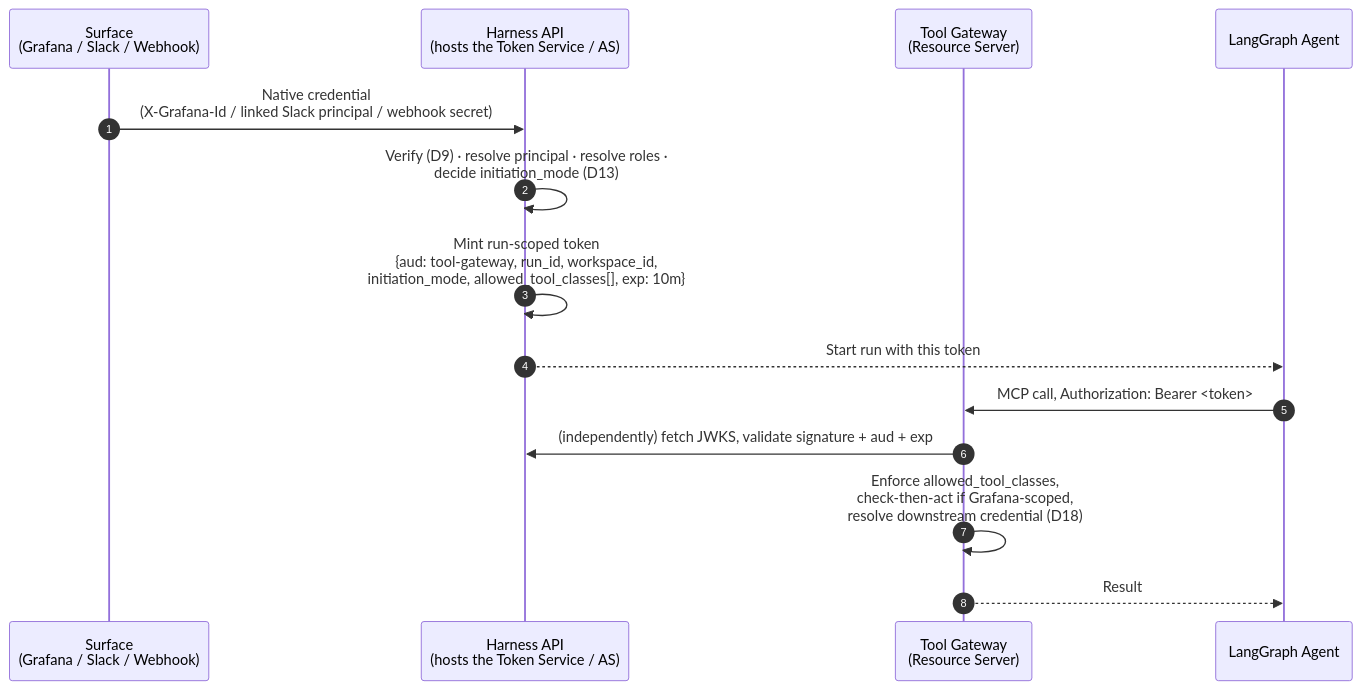
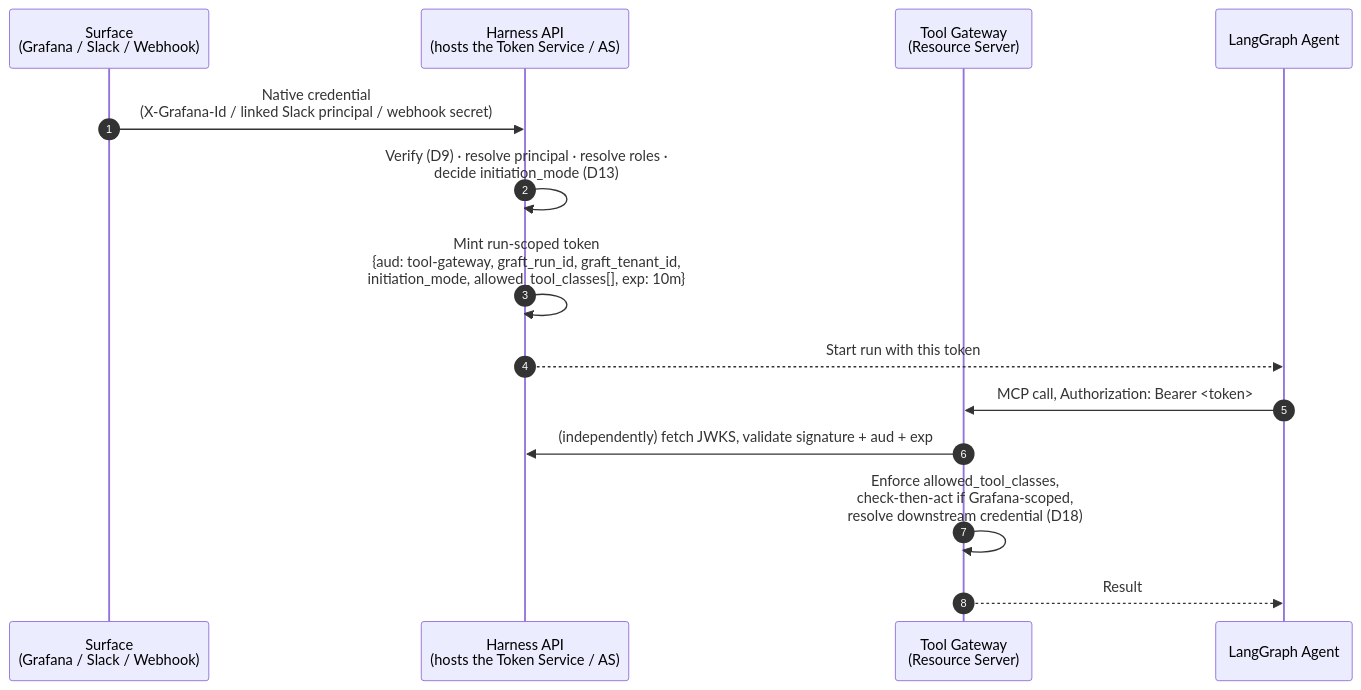
Before and after one commit to vikshana/graft-agent-harness: the second of 2 diagrams in docs/design/mcp-authorization-server.md, drawn with Mermaid. The commit also changed other lines of this file and 10 other files, not shown here.

Commit message:
feat(docs): Update documentation to reflect changes in tenant and run identifiers across multiple files

````diff
--- a/docs/design/mcp-authorization-server.md
+++ b/docs/design/mcp-authorization-server.md
@@ -131,17 +131,17 @@
 ```mermaid
 sequenceDiagram
     autonumber
     participant SURF as Surface<br/>(Grafana / Slack / Webhook)
     participant API as Harness API<br/>(hosts the Token Service / AS)
     participant TG as Tool Gateway<br/>(Resource Server)
     participant AGENT as LangGraph Agent
 
     SURF->>API: Native credential<br/>(X-Grafana-Id / linked Slack principal / webhook secret)
     API->>API: Verify (D9) · resolve principal · resolve roles ·<br/>decide initiation_mode (D13)
-    API->>API: Mint run-scoped token<br/>{aud: tool-gateway, run_id, workspace_id,<br/>initiation_mode, allowed_tool_classes[], exp: 10m}
+    API->>API: Mint run-scoped token<br/>{aud: tool-gateway, graft_run_id, graft_tenant_id,<br/>initiation_mode, allowed_tool_classes[], exp: 10m}
     API-->>AGENT: Start run with this token
     AGENT->>TG: MCP call, Authorization: Bearer <token>
     TG->>API: (independently) fetch JWKS, validate signature + aud + exp
     TG->>TG: Enforce allowed_tool_classes,<br/>check-then-act if Grafana-scoped,<br/>resolve downstream credential (D18)
     TG-->>AGENT: Result
 ```
````
